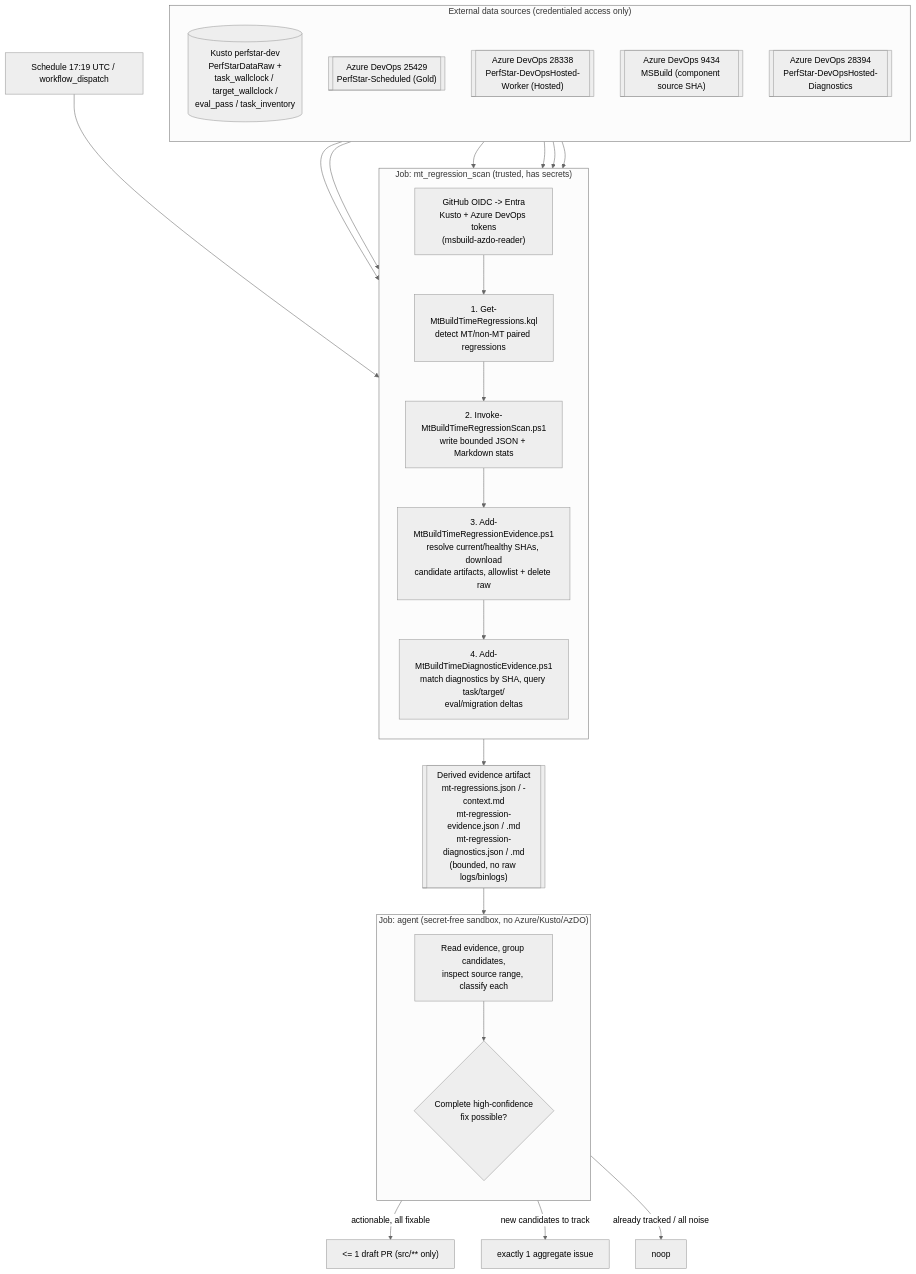
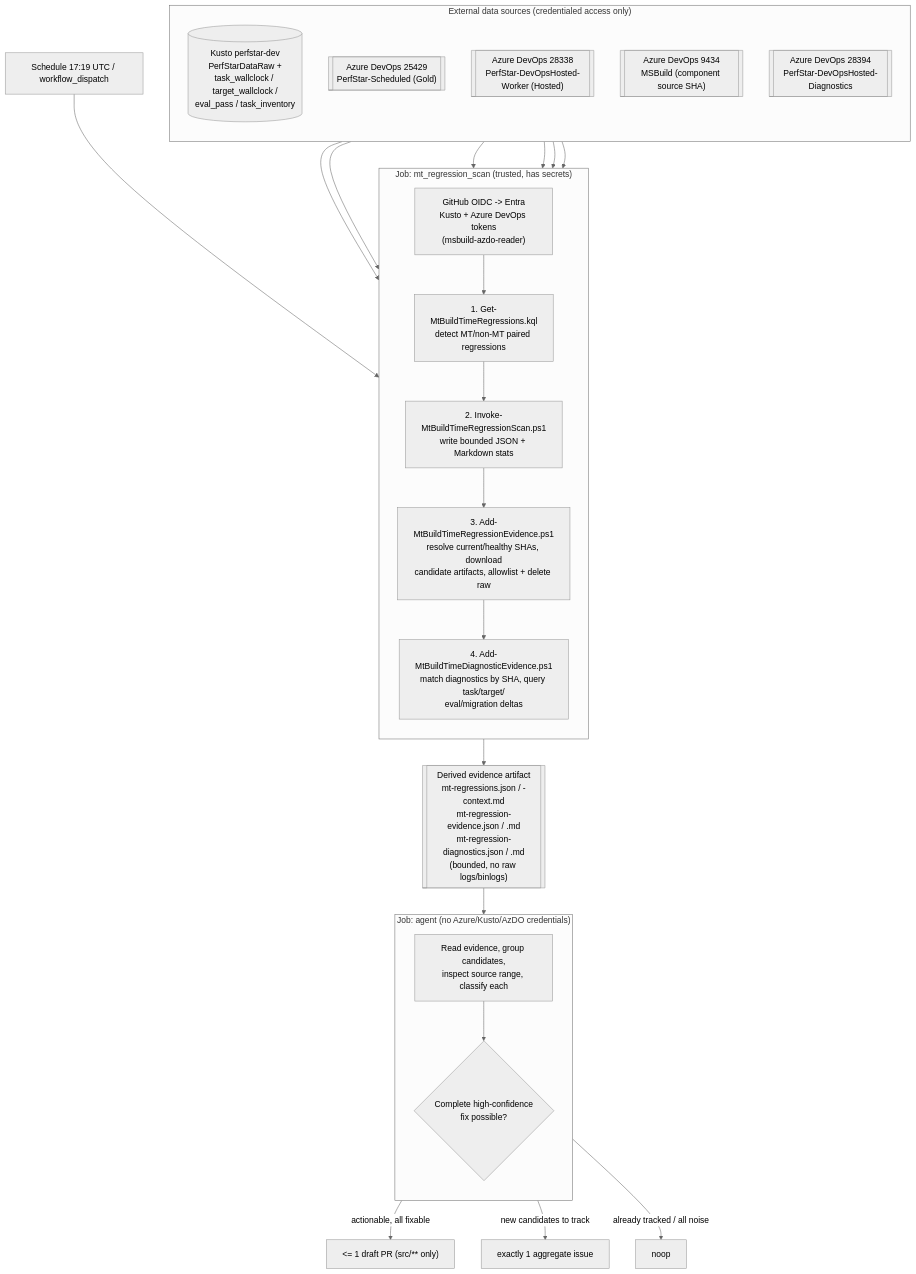
One commit to dotnet/msbuild changed the diagram in .github/docs/mt-build-regression-agent.md. Above: the diagram before and after it, drawn with Mermaid (neutral theme). The commit also changed other lines of this file and 9 other files, not shown here.

````diff
--- a/.github/docs/mt-build-regression-agent.md
+++ b/.github/docs/mt-build-regression-agent.md
@@ -29,45 +30,45 @@
 ```mermaid
 flowchart TD
     trigger["Schedule 17:19 UTC / workflow_dispatch"] --> scan
 
     subgraph sources["External data sources (credentialed access only)"]
         direction TB
         kusto[("Kusto perfstar-dev<br/>PerfStarDataRaw +<br/>task_wallclock / target_wallclock /<br/>eval_pass / task_inventory")]
         azdoGold[["Azure DevOps 25429<br/>PerfStar-Scheduled (Gold)"]]
         azdoHosted[["Azure DevOps 28338<br/>PerfStar-DevOpsHosted-Worker (Hosted)"]]
         azdoMsbuild[["Azure DevOps 9434<br/>MSBuild (component source SHA)"]]
         azdoDiag[["Azure DevOps 28394<br/>PerfStar-DevOpsHosted-Diagnostics"]]
     end
 
     subgraph scan["Job: mt_regression_scan (trusted, has secrets)"]
         direction TB
         oidc["GitHub OIDC -> Entra<br/>Kusto + Azure DevOps tokens<br/>(msbuild-azdo-reader)"]
         step1["1. Get-MtBuildTimeRegressions.kql<br/>detect MT/non-MT paired regressions"]
         step2["2. Invoke-MtBuildTimeRegressionScan.ps1<br/>write bounded JSON + Markdown stats"]
         step3["3. Add-MtBuildTimeRegressionEvidence.ps1<br/>resolve current/healthy SHAs, download<br/>candidate artifacts, allowlist + delete raw"]
         step4["4. Add-MtBuildTimeDiagnosticEvidence.ps1<br/>match diagnostics by SHA, query task/target/<br/>eval/migration deltas"]
         oidc --> step1 --> step2 --> step3 --> step4
     end
 
     kusto --> step1
     azdoMsbuild --> step3
     azdoGold --> step3
     azdoHosted --> step3
     azdoDiag --> step4
     kusto --> step4
 
     step4 --> artifact[["Derived evidence artifact<br/>mt-regressions.json / -context.md<br/>mt-regression-evidence.json / .md<br/>mt-regression-diagnostics.json / .md<br/>(bounded, no raw logs/binlogs)"]]
 
     artifact --> agent
 
-    subgraph agent["Job: agent (secret-free sandbox, no Azure/Kusto/AzDO)"]
+    subgraph agent["Job: agent (no Azure/Kusto/AzDO credentials)"]
         direction TB
         investigate["Read evidence, group candidates,<br/>inspect source range, classify each"]
         decide{"Complete high-confidence<br/>fix possible?"}
         investigate --> decide
     end
 
     decide -->|actionable, all fixable| pr["&lt;= 1 draft PR (src/** only)"]
     decide -->|new candidates to track| issue["exactly 1 aggregate issue"]
     decide -->|already tracked / all noise| noop["noop"]
 ```
````
